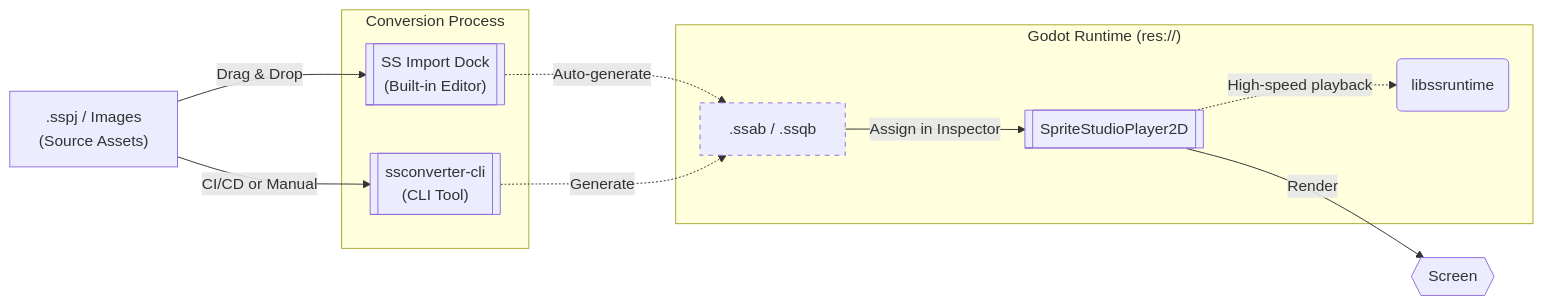
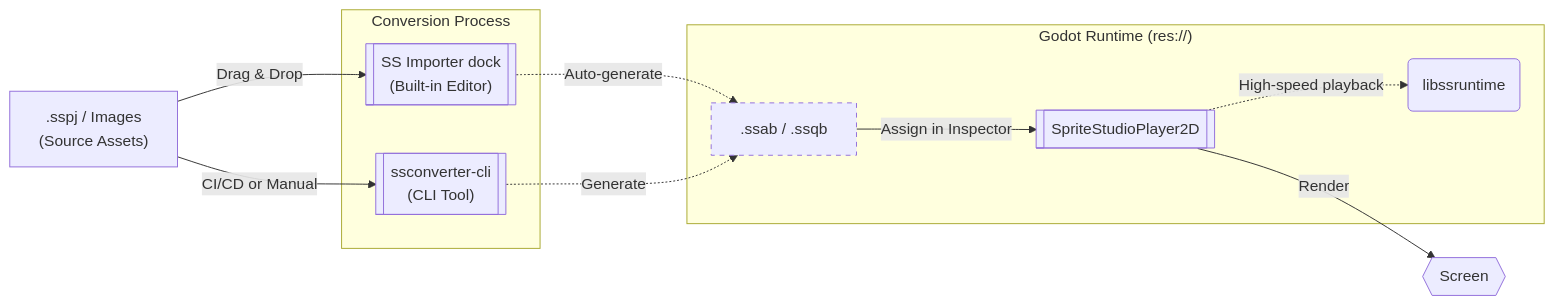
Before and after one commit to SpriteStudio/SSPlayerForGodot: the diagram in docs/en/index.md, drawn with Mermaid. The commit also changed other lines of this file and 22 other files, not shown here.

First line of the commit message:
fix: name the import dock SS Importer in the editor and the docs

````diff
--- a/docs/en/index.md
+++ b/docs/en/index.md
@@ -62,27 +62,27 @@
 ```mermaid
 graph LR
     SS[" .sspj / Images<br>(Source Assets) "]
 
     subgraph Convert ["Conversion Process"]
-        DOCK[[" SS Import Dock<br>(Built-in Editor) "]]
+        DOCK[[" SS Importer dock<br>(Built-in Editor) "]]
         CLI[[" ssconverter-cli<br>(CLI Tool) "]]
     end
 
     subgraph Godot ["Godot Runtime (res://)"]
         BIN[" .ssab / .ssqb "]
         NODE[[ SpriteStudioPlayer2D ]]
         RT(" libssruntime ")
     end
 
     SS -- "Drag & Drop" --> DOCK
     SS -- "CI/CD or Manual" --> CLI
     DOCK -. "Auto-generate" .-> BIN
     CLI -. "Generate" .-> BIN
     
     BIN -- "Assign in Inspector" --> NODE
     NODE -. "High-speed playback" .-> RT
     NODE -- "Render" --> RENDER{{" Screen "}}
 
     classDef generated stroke-dasharray: 5 5;
     class BIN generated;
 ```
````
